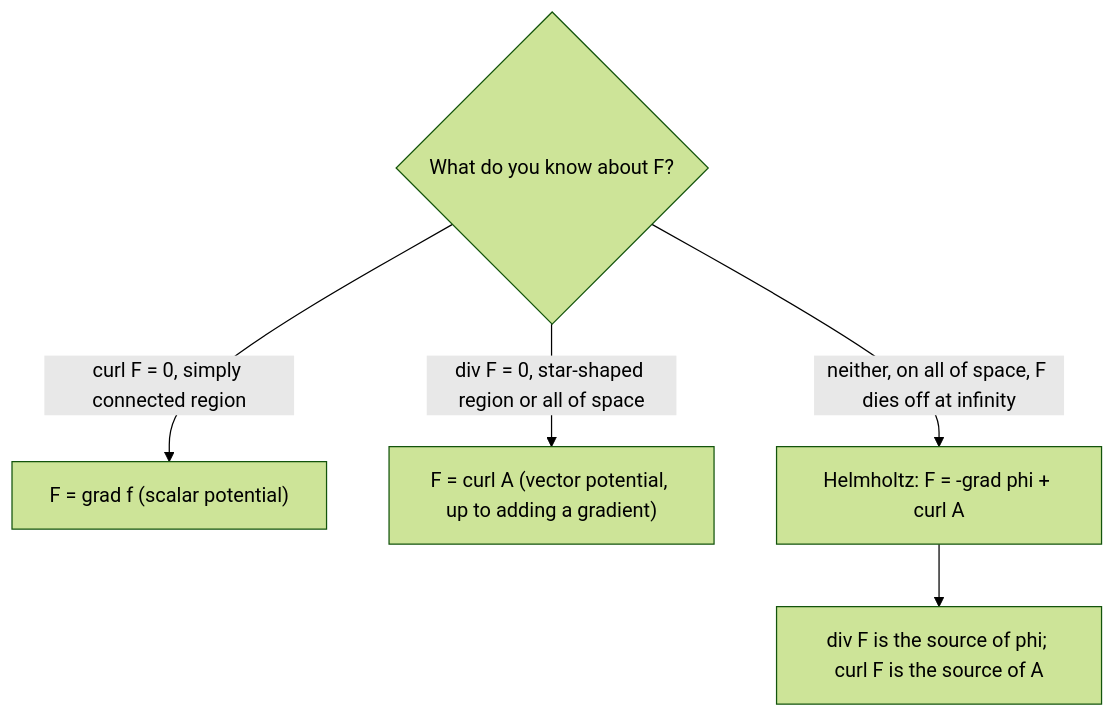
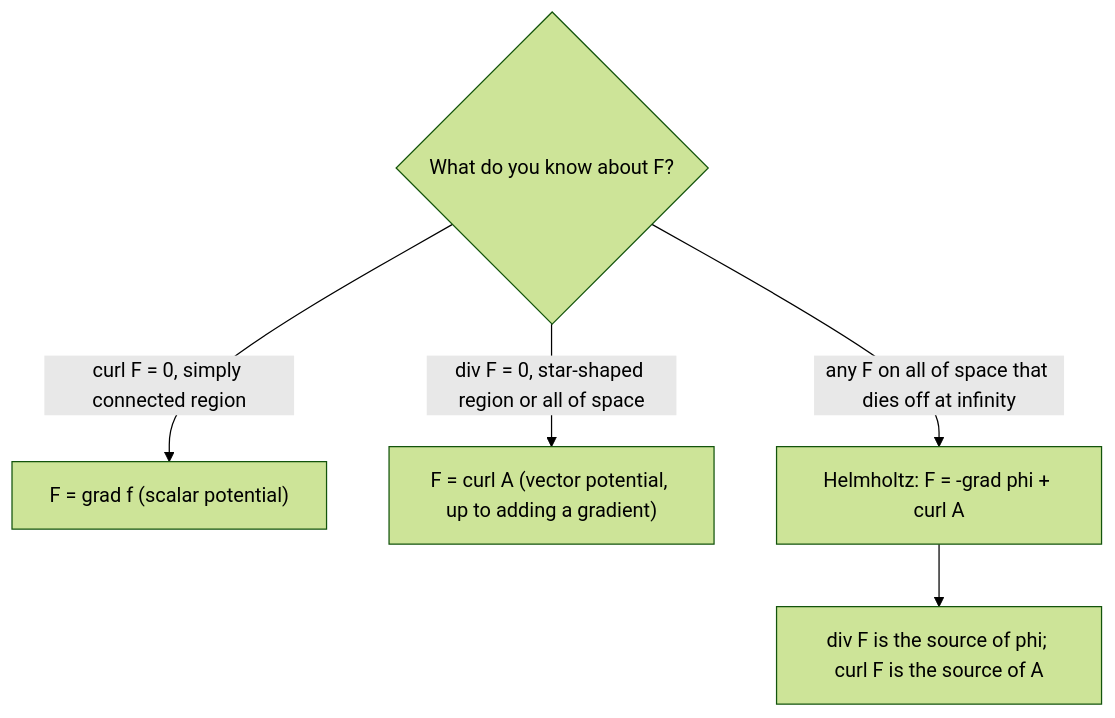
The diagram in content/math/multivariable/lessons/38h3-vector-potentials.md (Aziliz/erudior), drawn with Mermaid (forest theme) before and after one commit. The commit also changed other lines of this file and 13 other files, not shown here.

````diff
--- a/content/math/multivariable/lessons/38h3-vector-potentials.md
+++ b/content/math/multivariable/lessons/38h3-vector-potentials.md
@@ -151,9 +151,9 @@
 ```mermaid
 flowchart TD
   accTitle: Which potentials a smooth vector field F has
-  accDescr: If curl F is zero on a simply connected region, F is the gradient of a scalar potential. If div F is zero on all of space or a star-shaped region, F is the curl of a vector potential, unique up to adding a gradient. If F has both curl and divergence and dies off at infinity on all of space, the Helmholtz decomposition writes F as minus the gradient of phi plus the curl of A, where the divergence of F is the source of phi and the curl of F is the source of A.
+  accDescr: If curl F is zero on a simply connected region, F is the gradient of a scalar potential. If div F is zero on all of space or a star-shaped region, F is the curl of a vector potential, unique up to adding a gradient. For any F on all of space that dies off at infinity, the Helmholtz decomposition writes F as minus the gradient of phi plus the curl of A, where the divergence of F is the source of phi and the curl of F is the source of A.
   Q{"What do you know about F?"} -- "curl F = 0, simply connected region" --> S["F = grad f (scalar potential)"]
   Q -- "div F = 0, star-shaped region or all of space" --> V["F = curl A (vector potential, up to adding a gradient)"]
-  Q -- "neither, on all of space, F dies off at infinity" --> H["Helmholtz: F = -grad phi + curl A"]
+  Q -- "any F on all of space that dies off at infinity" --> H["Helmholtz: F = -grad phi + curl A"]
   H --> P["div F is the source of phi; curl F is the source of A"]
 ```
````
